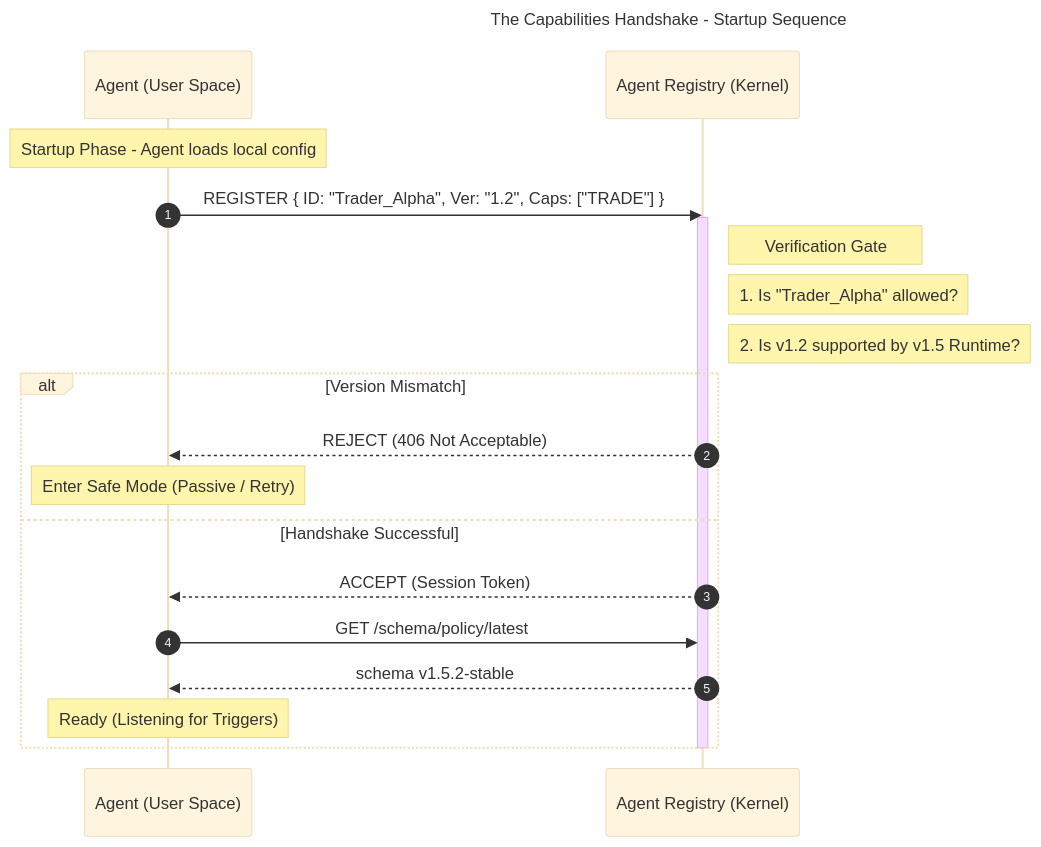
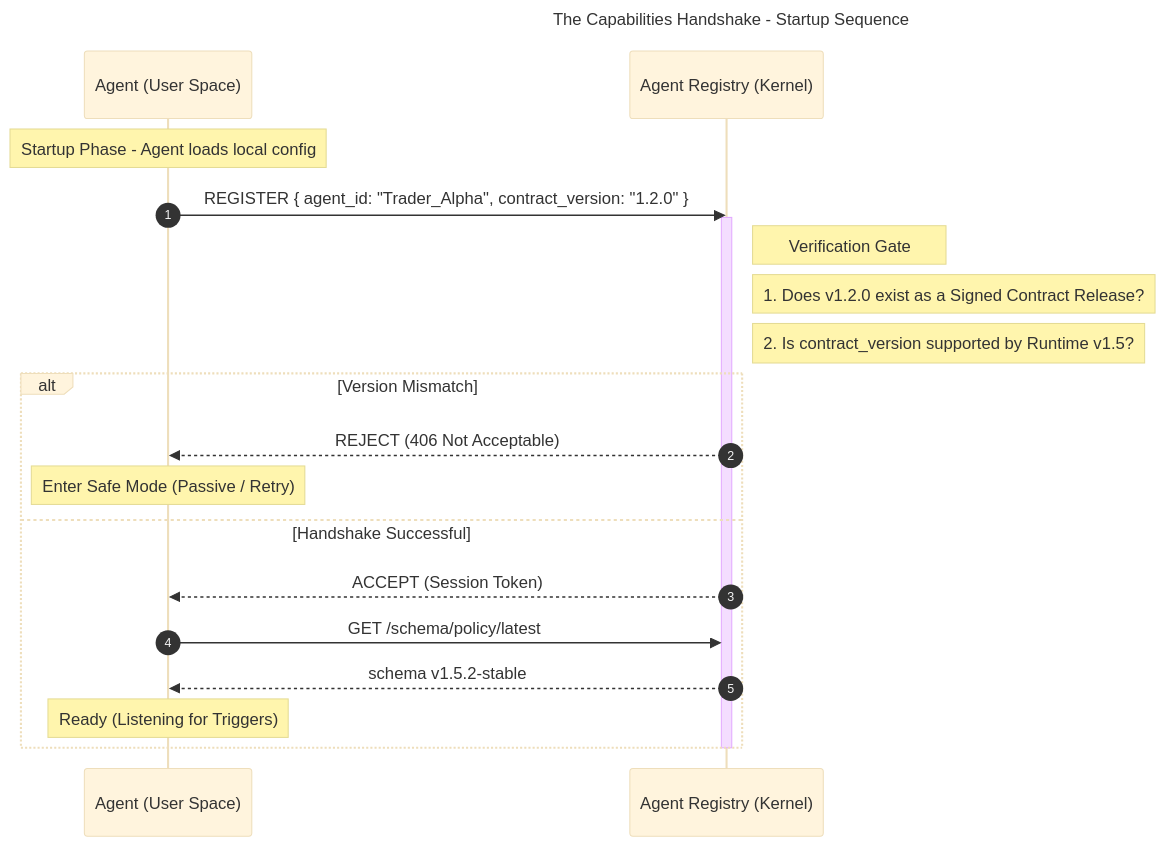
The sixth of 21 diagrams in docs/07-dir-minified/DIR-minified.md (huka81/decision-intelligence-runtime), drawn with Mermaid (base theme) before and after one commit. The commit also changed other lines of this file and 5 other files, not shown here.

````diff
--- a/docs/07-dir-minified/DIR-minified.md
+++ b/docs/07-dir-minified/DIR-minified.md
@@ -775,31 +777,31 @@
 ```mermaid
 ---
 title: The Capabilities Handshake  -  Startup Sequence
 config:
   look: classic
 ---
 sequenceDiagram
     autonumber
     participant Agent as Agent (User Space)
     participant Registry as Agent Registry (Kernel)
 
     Note over Agent: Startup Phase  -  Agent loads local config
 
-    Agent->>Registry: REGISTER { ID: "Trader_Alpha", Ver: "1.2", Caps: ["TRADE"] }
+    Agent->>Registry: REGISTER { agent_id: "Trader_Alpha", contract_version: "1.2.0" }
 
     activate Registry
     Note right of Registry: Verification Gate
-    note right of Registry: 1. Is "Trader_Alpha" allowed?
-    note right of Registry: 2. Is v1.2 supported by v1.5 Runtime?
+    note right of Registry: 1. Does v1.2.0 exist as a Signed Contract Release?
+    note right of Registry: 2. Is contract_version supported by Runtime v1.5?
 
     alt Version Mismatch
         Registry-->>Agent: REJECT (406 Not Acceptable)
         Note over Agent: Enter Safe Mode (Passive / Retry)
     else Handshake Successful
         Registry-->>Agent: ACCEPT (Session Token)
         Agent->>Registry: GET /schema/policy/latest
         Registry-->>Agent: schema v1.5.2-stable
         Note over Agent: Ready (Listening for Triggers)
     end
     deactivate Registry
 ```
````
